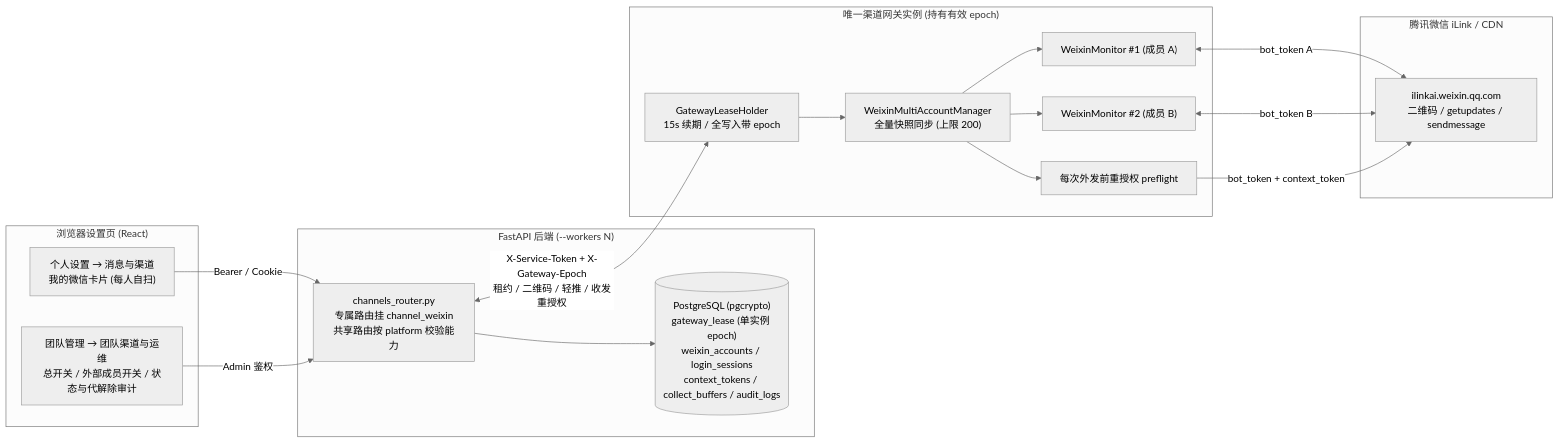
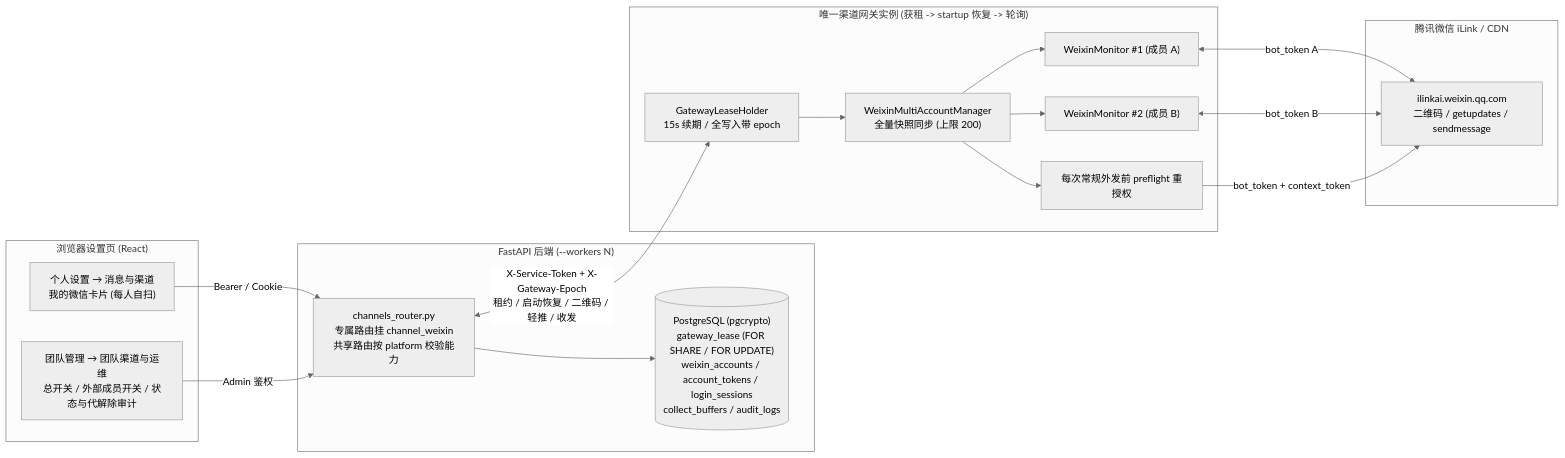
Before and after one commit to everflowinv/dalton-langalpha: the diagram in docs/dalton/features/weixin-multi-account.md, drawn with Mermaid (neutral theme). The commit also changed other lines of this file, not shown here.

Commit message:
docs(weixin): multi-account design r4: copy-only migration, one lock order, epoch in the write transaction

````diff
--- a/docs/dalton/features/weixin-multi-account.md
+++ b/docs/dalton/features/weixin-multi-account.md
@@ -42,36 +42,36 @@
 ```mermaid
 flowchart LR
     subgraph Browser["浏览器设置页 (React)"]
         MemberUI["个人设置 → 消息与渠道<br/>我的微信卡片 (每人自扫)"]
         AdminUI["团队管理 → 团队渠道与运维<br/>总开关 / 外部成员开关 / 状态与代解除审计"]
     end
 
     subgraph Backend["FastAPI 后端 (--workers N)"]
         Router["channels_router.py<br/>专属路由挂 channel_weixin<br/>共享路由按 platform 校验能力"]
-        DB[("PostgreSQL (pgcrypto)<br/>gateway_lease (单实例 epoch)<br/>weixin_accounts / login_sessions<br/>context_tokens / collect_buffers / audit_logs")]
+        DB[("PostgreSQL (pgcrypto)<br/>gateway_lease (FOR SHARE / FOR UPDATE)<br/>weixin_accounts / account_tokens / login_sessions<br/>collect_buffers / audit_logs")]
         Router --> DB
     end
 
-    subgraph Gateway["唯一渠道网关实例 (持有有效 epoch)"]
+    subgraph Gateway["唯一渠道网关实例 (获租 -> startup 恢复 -> 轮询)"]
         Lease["GatewayLeaseHolder<br/>15s 续期 / 全写入带 epoch"]
         Mgr["WeixinMultiAccountManager<br/>全量快照同步 (上限 200)"]
         M1["WeixinMonitor #1 (成员 A)"]
         M2["WeixinMonitor #2 (成员 B)"]
-        Send["每次外发前重授权 preflight"]
+        Send["每次常规外发前 preflight 重授权"]
         Lease --> Mgr
         Mgr --> M1
         Mgr --> M2
         Mgr --> Send
     end
 
     subgraph WeChat["腾讯微信 iLink / CDN"]
         ILink["ilinkai.weixin.qq.com<br/>二维码 / getupdates / sendmessage"]
     end
 
     MemberUI -->|"Bearer / Cookie"| Router
     AdminUI -->|"Admin 鉴权"| Router
-    Router <-->|"X-Service-Token + X-Gateway-Epoch<br/>租约 / 二维码 / 轻推 / 收发重授权"| Lease
+    Router <-->|"X-Service-Token + X-Gateway-Epoch<br/>租约 / 启动恢复 / 二维码 / 轻推 / 收发"| Lease
     M1 <-->|"bot_token A"| ILink
     M2 <-->|"bot_token B"| ILink
     Send -->|"bot_token + context_token"| ILink
 ```
````
